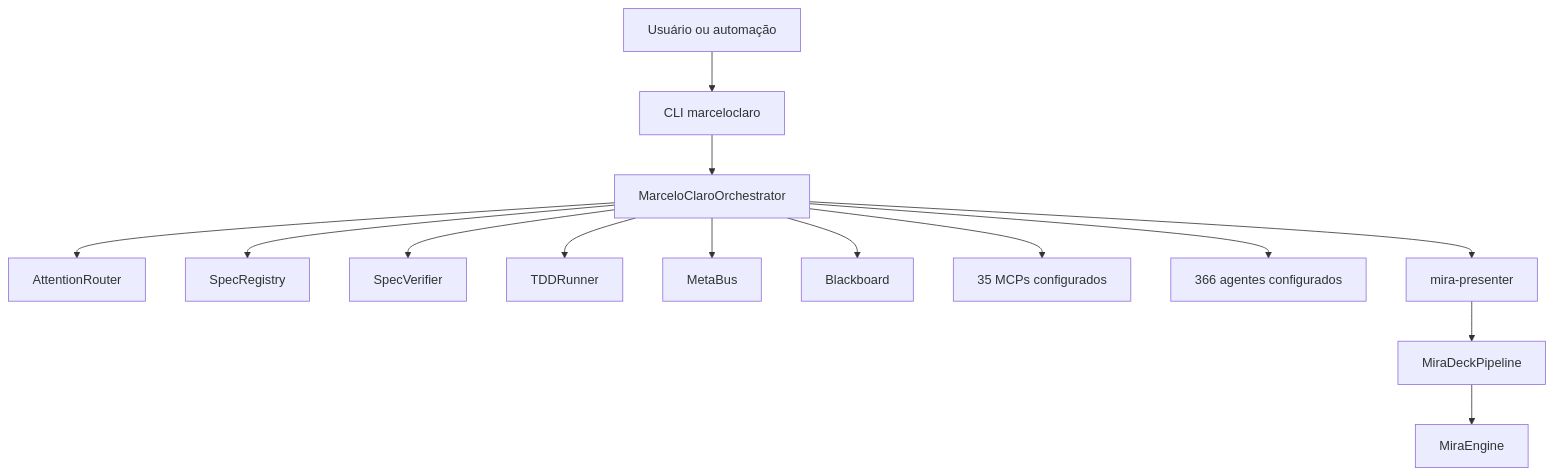
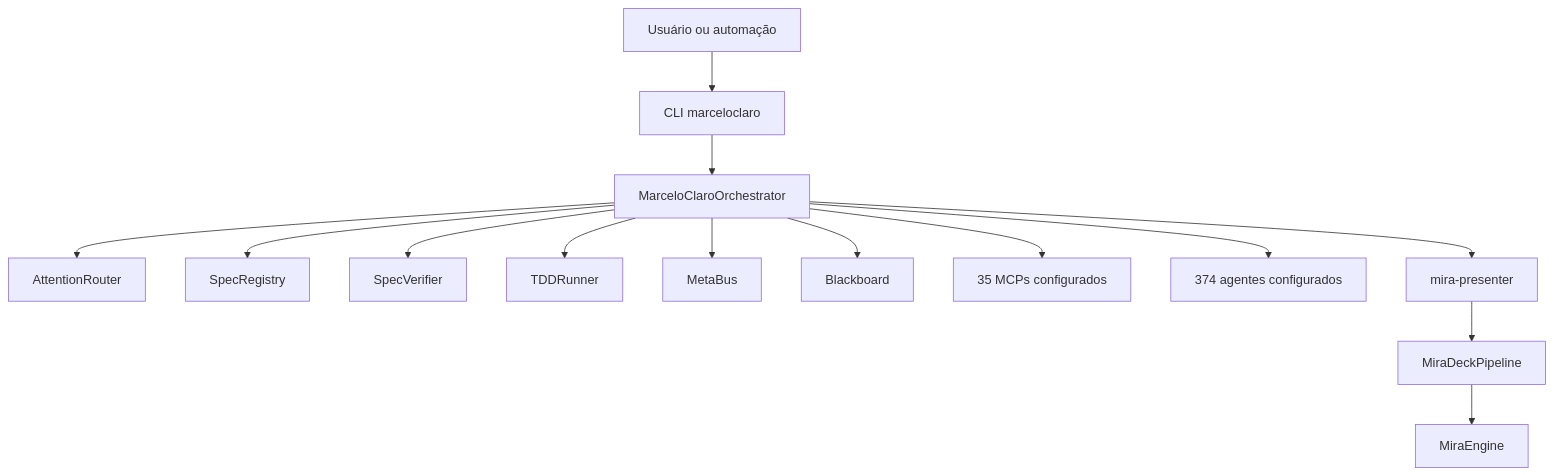
Before and after one commit to MarceloClaro/opencode-ecosystem-core: the third of 29 diagrams in README.md, drawn with Mermaid. The commit also changed other lines of this file and 21 other files, not shown here.

````diff
--- a/README.md
+++ b/README.md
@@ -1306,16 +1309,16 @@
 ```mermaid
 flowchart TB
     Usuario2[Usuário ou automação] --> CLI2[CLI marceloclaro]
     CLI2 --> Orq2[MarceloClaroOrchestrator]
     Orq2 --> Router[AttentionRouter]
     Orq2 --> SpecRegistry2[SpecRegistry]
     Orq2 --> SpecVerifier2[SpecVerifier]
     Orq2 --> TDDRunner2[TDDRunner]
     Orq2 --> MetaBus2[MetaBus]
     Orq2 --> Blackboard2[Blackboard]
     Orq2 --> MCP2[35 MCPs configurados]
-    Orq2 --> Agents2[366 agentes configurados]
+    Orq2 --> Agents2[374 agentes configurados]
     Orq2 --> Mira2[mira-presenter]
     Mira2 --> Deck2[MiraDeckPipeline]
     Deck2 --> Engine2[MiraEngine]
 ```
````
